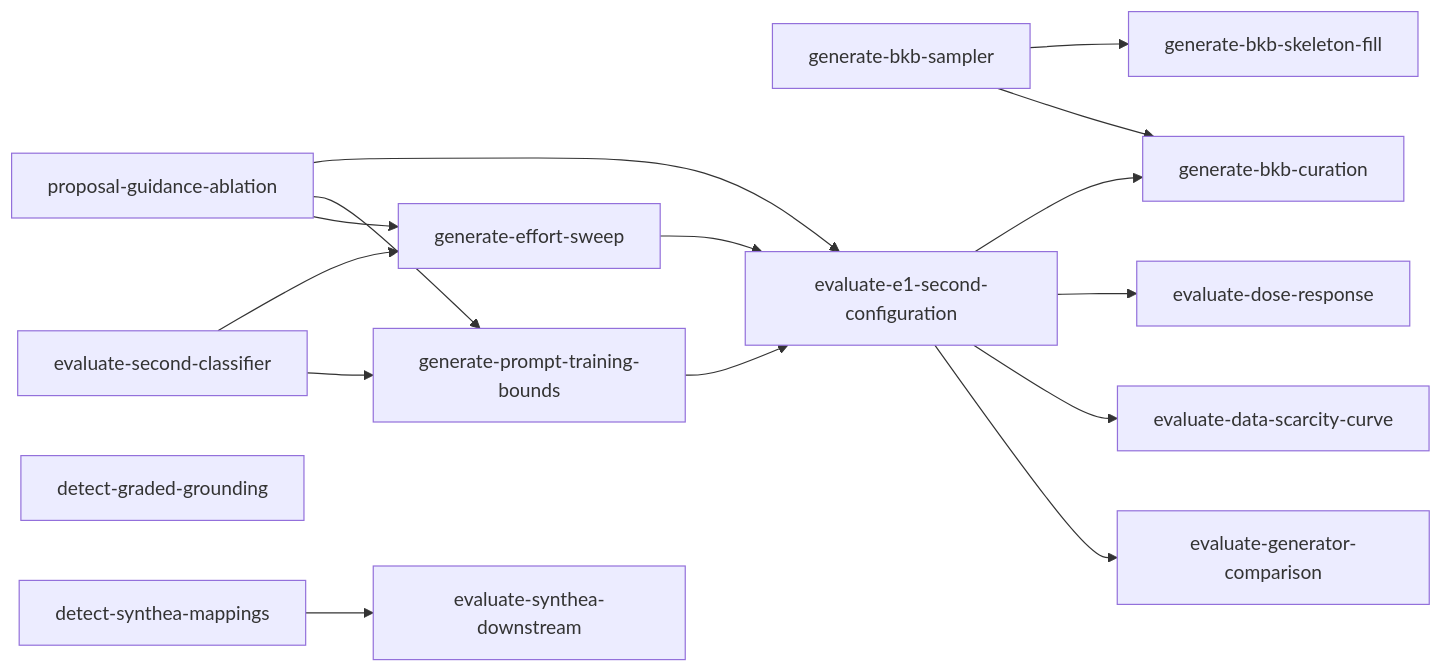
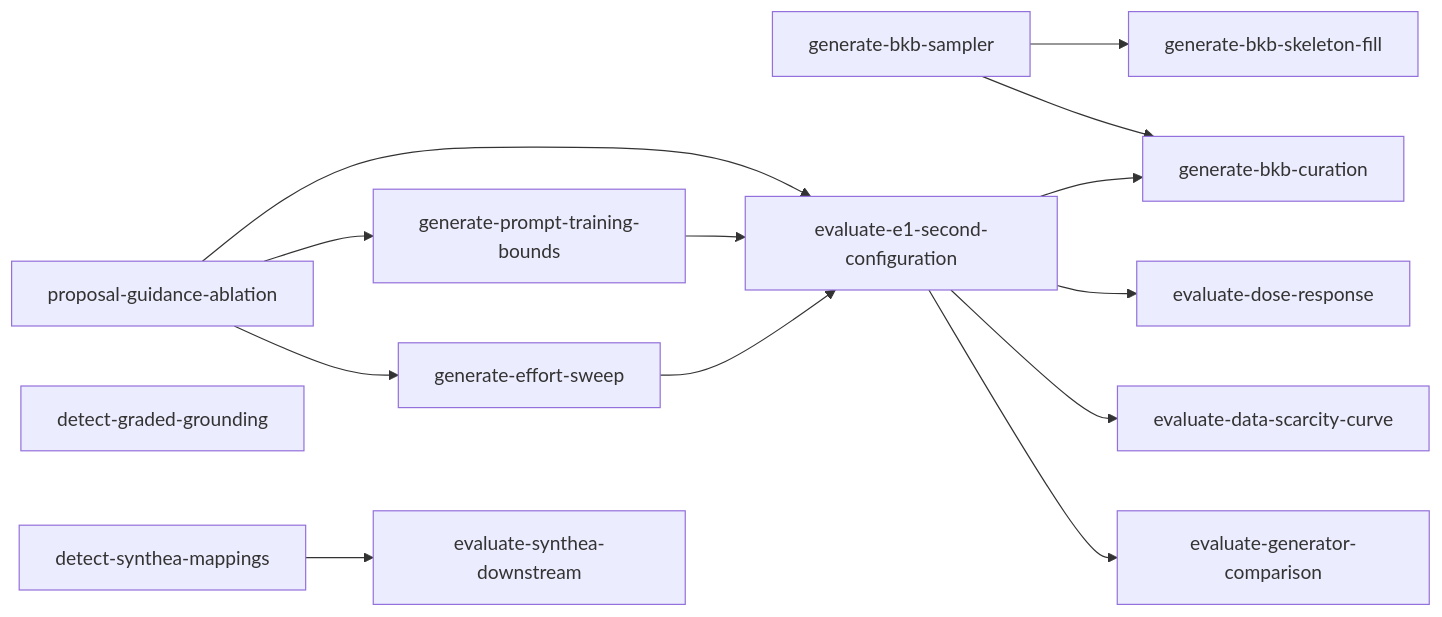
The diagram in tasks/experiments-index.md (joe-dartmouth/synthetic), drawn with Mermaid before and after one commit. The commit also changed other lines of this file and 23 other files, not shown here.

````diff
--- a/tasks/experiments-index.md
+++ b/tasks/experiments-index.md
@@ -51,18 +45,16 @@
 ```mermaid
 flowchart LR
-    second_classifier[evaluate-second-classifier] --> effort_sweep[generate-effort-sweep]
-    second_classifier[evaluate-second-classifier] --> prompt_bounds[generate-prompt-training-bounds]
     bkb_sampler[generate-bkb-sampler] --> skeleton_fill[generate-bkb-skeleton-fill]
     bkb_sampler[generate-bkb-sampler] --> bkb_curation[generate-bkb-curation]
     e1_second[evaluate-e1-second-configuration] --> bkb_curation[generate-bkb-curation]
     guidance_ablation[proposal-guidance-ablation] --> e1_second[evaluate-e1-second-configuration]
     guidance_ablation[proposal-guidance-ablation] --> prompt_bounds[generate-prompt-training-bounds]
     guidance_ablation[proposal-guidance-ablation] --> effort_sweep[generate-effort-sweep]
     prompt_bounds[generate-prompt-training-bounds] --> e1_second[evaluate-e1-second-configuration]
     effort_sweep[generate-effort-sweep] --> e1_second[evaluate-e1-second-configuration]
     e1_second[evaluate-e1-second-configuration] --> dose_response[evaluate-dose-response]
     e1_second[evaluate-e1-second-configuration] --> scarcity_curve[evaluate-data-scarcity-curve]
     e1_second[evaluate-e1-second-configuration] --> generator_comparison[evaluate-generator-comparison]
     graded_grounding[detect-graded-grounding]
     synthea_mappings[detect-synthea-mappings] --> synthea_downstream[evaluate-synthea-downstream]
 ```
````
